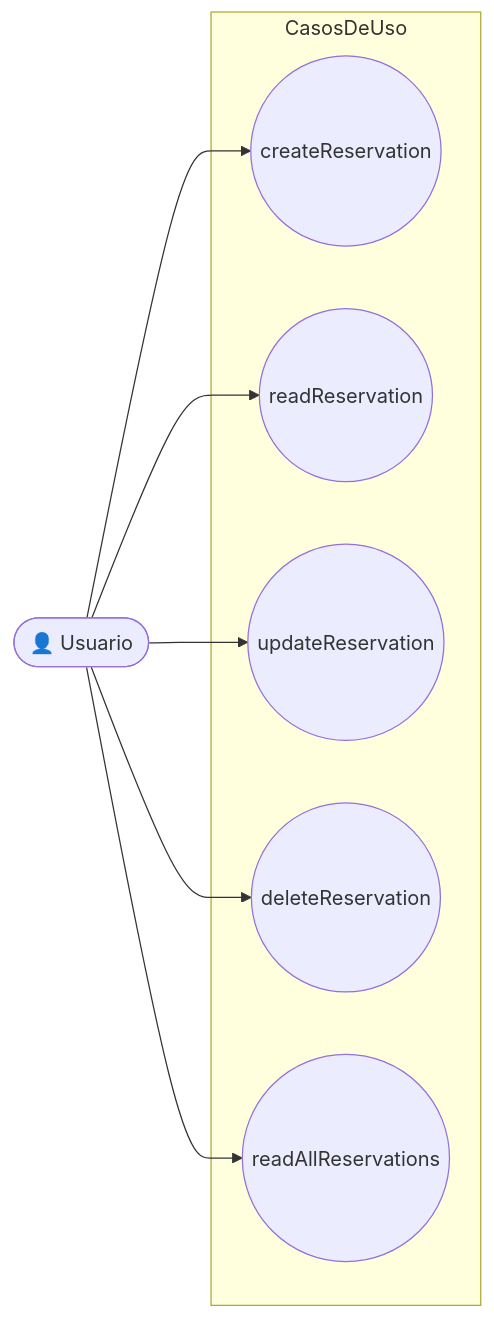
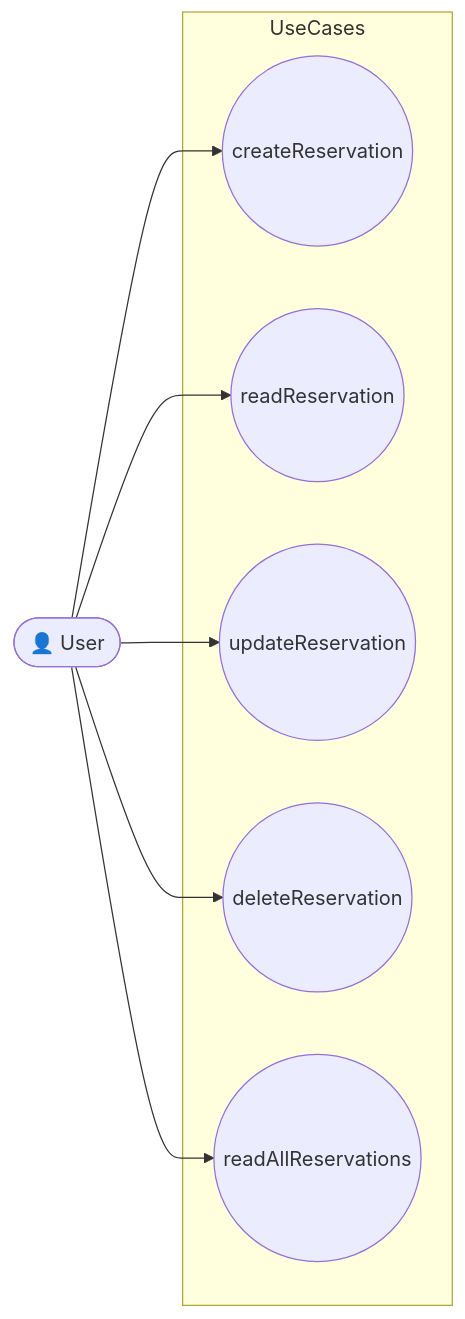
The diagram in docs/Casos de Uso/Reserva-CU.md (alex-boni/QuickStop), drawn with Mermaid before and after one commit.

Commit message:
Update user label and use case terminology

````diff
--- a/docs/Casos de Uso/Reserva-CU.md
+++ b/docs/Casos de Uso/Reserva-CU.md
@@ -1,20 +1,20 @@
 ```mermaid
 flowchart LR
-  actorUser([👤 Usuario])
+  actorUser([👤 User])
 
-  subgraph CasosDeUso
+  subgraph UseCases
     U1((createReservation))
     U2((readReservation))
     U3((updateReservation))
     U4((deleteReservation))
     U5((readAllReservations))
 
   end
 
   actorUser --> U1
   actorUser --> U2
   actorUser --> U3
   actorUser --> U4
   actorUser --> U5
 
 ```
````
